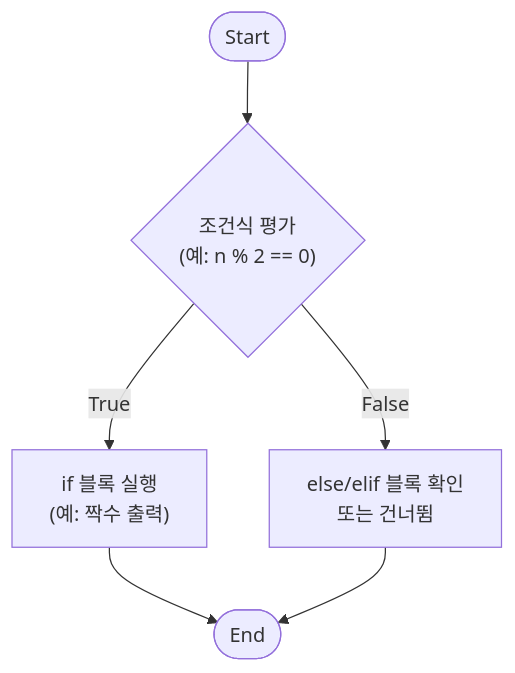
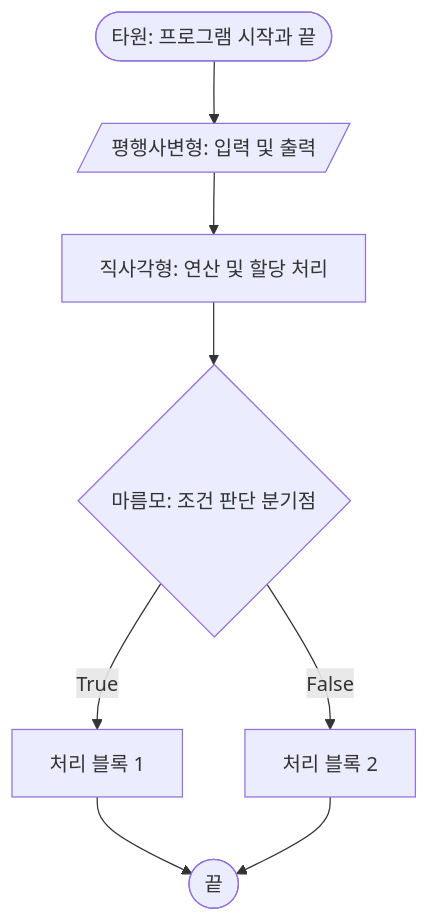
One commit to jinydev/datas changed the diagram in src/python/02_control_flow/01_if_statement/index.md. Above: the diagram before and after it, drawn with Mermaid. The commit also changed other lines of this file and 652 other files, not shown here.

````diff
--- a/src/python/02_control_flow/01_if_statement/index.md
+++ b/src/python/02_control_flow/01_if_statement/index.md
@@ -22,8 +16,10 @@
 ```mermaid
 graph TD
-    A([Start]) --> B{"조건식 평가<br/>(예: n % 2 == 0)"}
-    B -- True --> C["if 블록 실행<br/>(예: 짝수 출력)"]
-    B -- False --> D["else/elif 블록 확인<br/>또는 건너뜀"]
-    C --> E([End])
-    D --> E
+    A([타원: 프로그램 시작과 끝]) --> B[/평행사변형: 입력 및 출력/]
+    B --> C[직사각형: 연산 및 할당 처리]
+    C --> D{마름모: 조건 판단 분기점}
+    D -- True --> E[처리 블록 1]
+    D -- False --> F[처리 블록 2]
+    E --> G([끝])
+    F --> G
 ```
````
